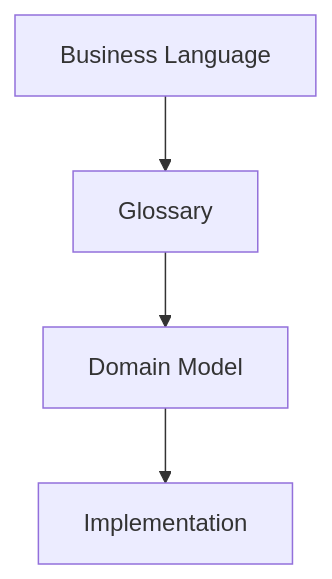
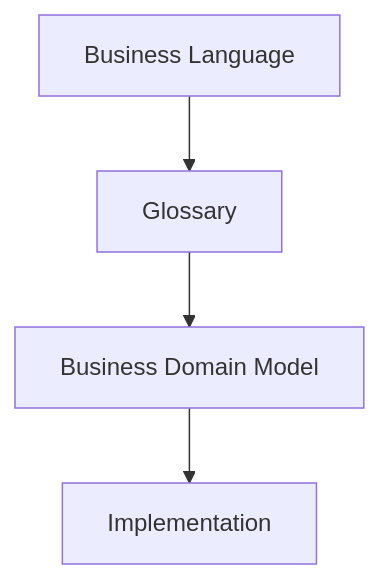
Before and after one commit to stanislavbut-design/orion: the first of 3 diagrams in docs/architecture/ARCH-003-domain-model.md, drawn with Mermaid. The commit also changed other lines of this file and 5 other files, not shown here.

Commit message:
S01-M01.02.01 Refine ARCH-003 architectural baseline

````diff
--- a/docs/architecture/ARCH-003-domain-model.md
+++ b/docs/architecture/ARCH-003-domain-model.md
@@ -34,12 +28,12 @@
 ```mermaid
 
 flowchart TD
     BL["Business Language"]
     GL["Glossary"]
-    DM["Domain Model"]
+    DM["Business Domain Model"]
     IM["Implementation"]
 
     BL --> GL
     GL --> DM
     DM --> IM
 ```
````
